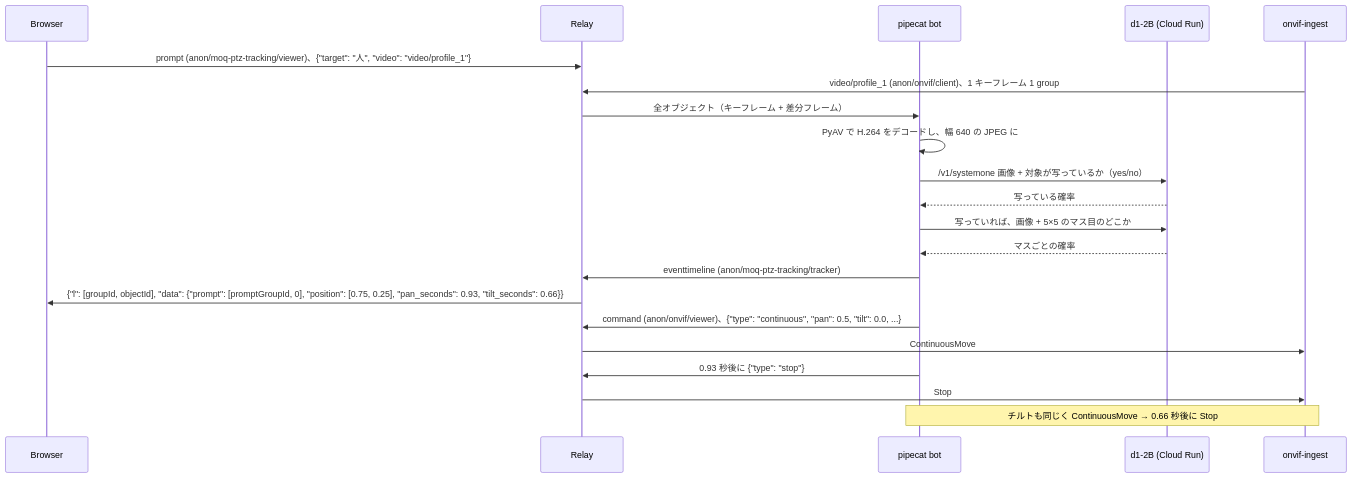
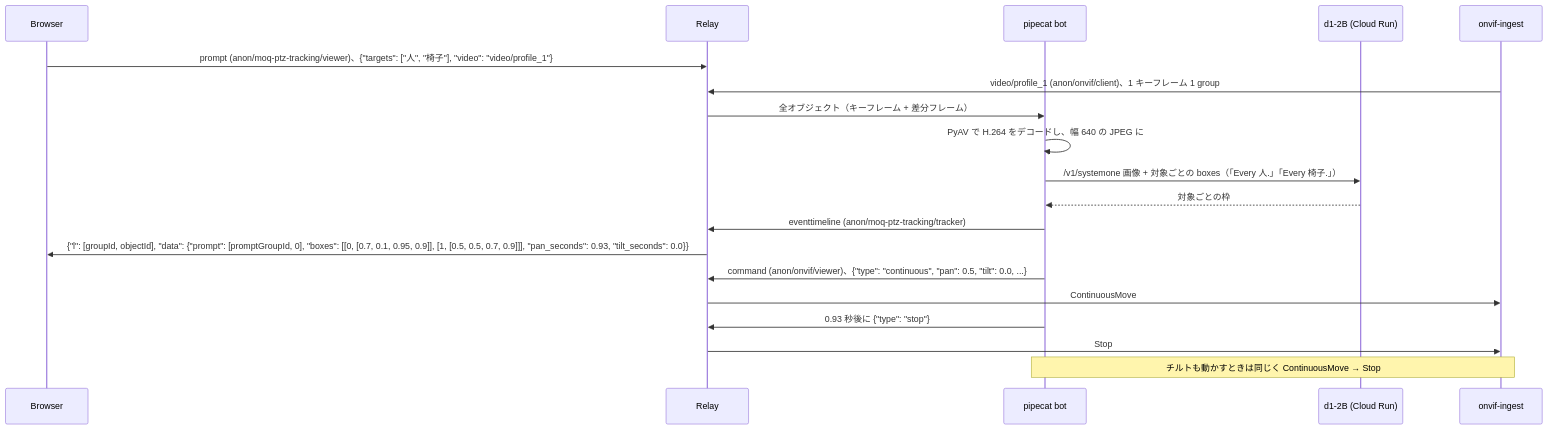
One commit to nttcom/moq-wasm changed the diagram in examples/python/moq-ptz-tracking/README.md. Above: the diagram before and after it, drawn with Mermaid. The commit also changed other lines of this file and 21 other files, not shown here.

First line of the commit message:
feat(ai-bots): keep every box of several PTZ targets in the picture

````diff
--- a/examples/python/moq-ptz-tracking/README.md
+++ b/examples/python/moq-ptz-tracking/README.md
@@ -7,23 +7,21 @@
 ```mermaid
 sequenceDiagram
     participant B as Browser
     participant R as Relay
     participant P as pipecat bot
     participant D as d1-2B (Cloud Run)
     participant O as onvif-ingest
-    B->>R: prompt (anon/moq-ptz-tracking/viewer)、{"target": "人", "video": "video/profile_1"}
+    B->>R: prompt (anon/moq-ptz-tracking/viewer)、{"targets": ["人", "椅子"], "video": "video/profile_1"}
     O->>R: video/profile_1 (anon/onvif/client)、1 キーフレーム 1 group
     R->>P: 全オブジェクト（キーフレーム + 差分フレーム）
     P->>P: PyAV で H.264 をデコードし、幅 640 の JPEG に
-    P->>D: /v1/systemone 画像 + 対象が写っているか（yes/no）
-    D-->>P: 写っている確率
-    P->>D: 写っていれば、画像 + 5×5 のマス目のどこか
-    D-->>P: マスごとの確率
+    P->>D: /v1/systemone 画像 + 対象ごとの boxes（「Every 人.」「Every 椅子.」）
+    D-->>P: 対象ごとの枠
     P->>R: eventtimeline (anon/moq-ptz-tracking/tracker)
-    R->>B: {"l": [groupId, objectId], "data": {"prompt": [promptGroupId, 0], "position": [0.75, 0.25], "pan_seconds": 0.93, "tilt_seconds": 0.66}}
+    R->>B: {"l": [groupId, objectId], "data": {"prompt": [promptGroupId, 0], "boxes": [[0, [0.7, 0.1, 0.95, 0.9]], [1, [0.5, 0.5, 0.7, 0.9]]], "pan_seconds": 0.93, "tilt_seconds": 0.0}}
     P->>R: command (anon/onvif/viewer)、{"type": "continuous", "pan": 0.5, "tilt": 0.0, ...}
     R->>O: ContinuousMove
     P->>R: 0.93 秒後に {"type": "stop"}
     R->>O: Stop
-    Note over P,O: チルトも同じく ContinuousMove → 0.66 秒後に Stop
+    Note over P,O: チルトも動かすときは同じく ContinuousMove → Stop
 ```
````
